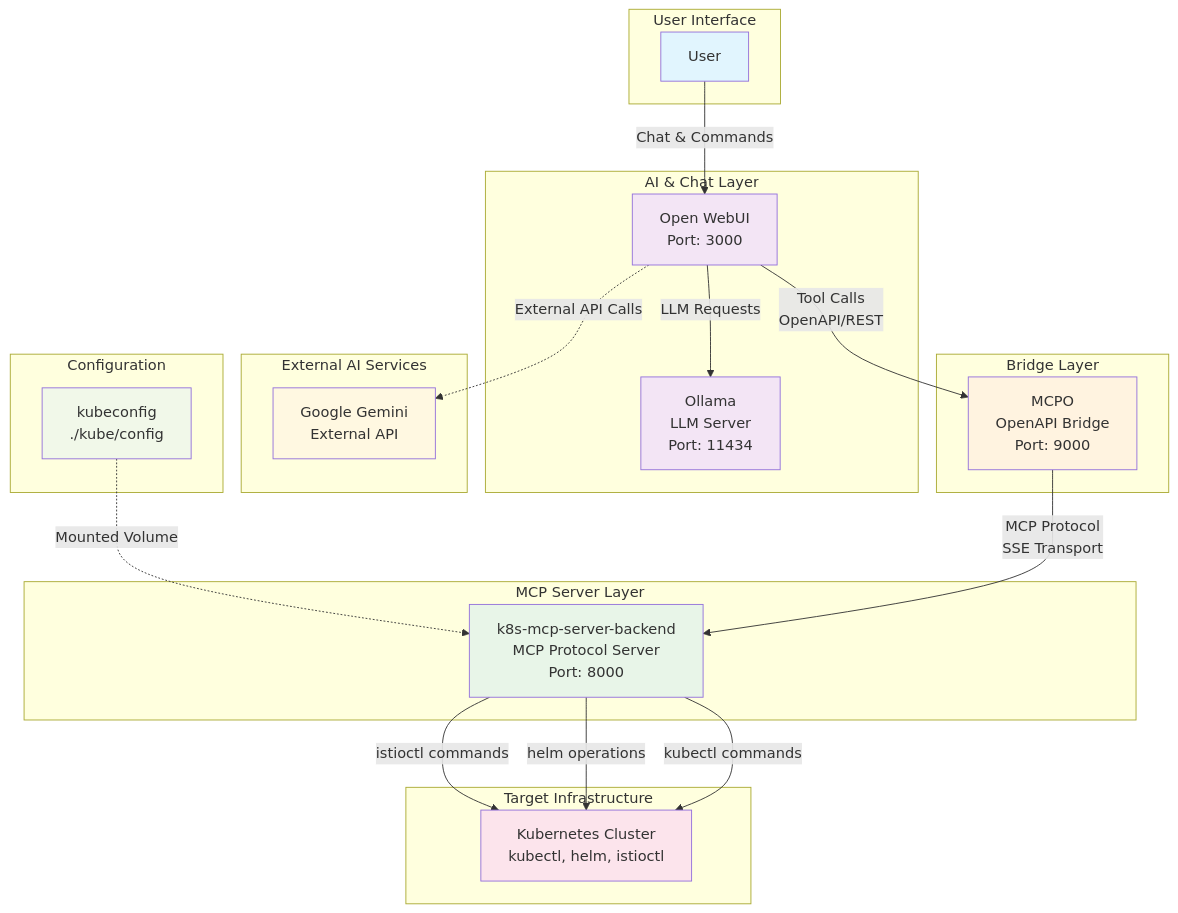
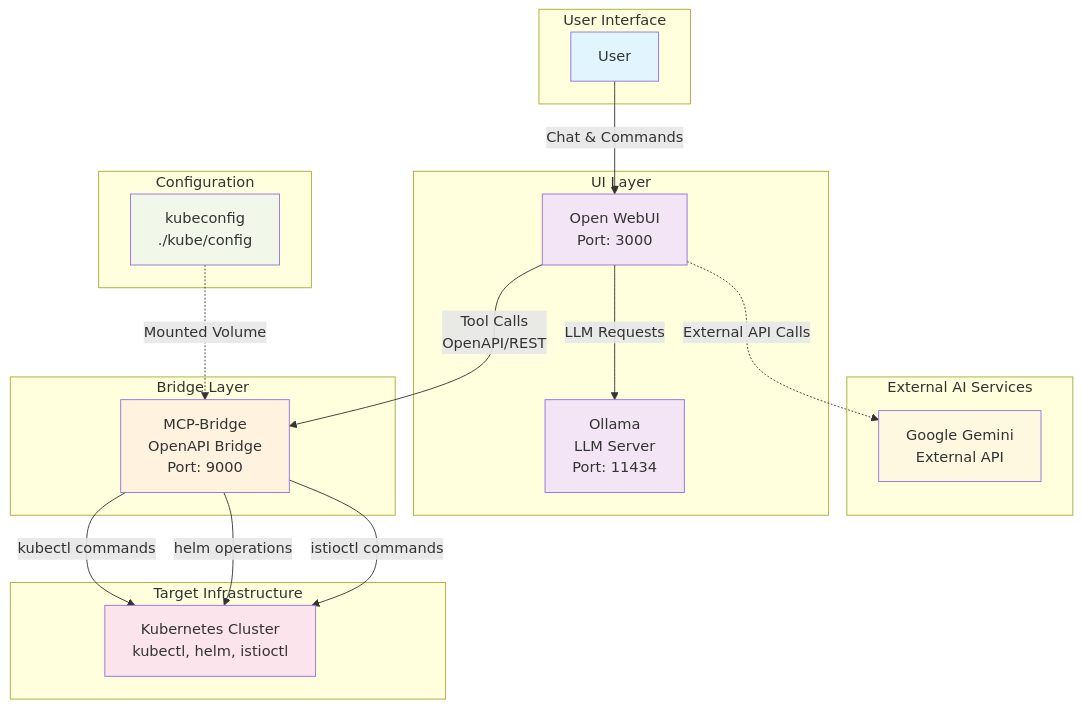
One commit to elevy99927/devops-mcp-webui changed the first of 2 diagrams in README.md. Above: the diagram before and after it, drawn with Mermaid. The commit also changed other lines of this file and 2 other files, not shown here.

Commit message:
fix flow and components in README

````diff
--- a/README.md
+++ b/README.md
@@ -175,67 +173,62 @@
 ```mermaid
 graph TB
+
+    subgraph "External AI Services"
+        Gemini[Google Gemini<br/>External API]
+    end
+    
     subgraph "User Interface"
         User[User]
     end
     
-    subgraph "AI & Chat Layer"
+    subgraph "UI Layer"
         OpenWebUI[Open WebUI<br/>Port: 3000]
         Ollama[Ollama<br/>LLM Server<br/>Port: 11434]
     end
     
-    subgraph "External AI Services"
-        Gemini[Google Gemini<br/>External API]
-    end
-    
     subgraph "Bridge Layer"
-        MCPO[MCPO<br/>OpenAPI Bridge<br/>Port: 9000]
-    end
-    
-    subgraph "MCP Server Layer"
-        K8sMCP[k8s-mcp-server-backend<br/>MCP Protocol Server<br/>Port: 8000]
+        MCP-Bridge[MCP-Bridge<br/>OpenAPI Bridge<br/>Port: 9000]
     end
     
     subgraph "Target Infrastructure"
         K8s[Kubernetes Cluster<br/>kubectl, helm, istioctl]
     end
     
     subgraph "Configuration"
         KubeConfig[kubeconfig<br/>./kube/config]
     end
+    
+
 
     %% User interactions
     User -->|Chat & Commands| OpenWebUI
     
     %% AI Layer connections
     OpenWebUI -->|LLM Requests| Ollama
     OpenWebUI -.->|External API Calls| Gemini
-    OpenWebUI -->|Tool Calls<br/>OpenAPI/REST| MCPO
+    OpenWebUI -->|Tool Calls<br/>OpenAPI/REST| MCP-Bridge
     
-    %% Bridge Layer
-    MCPO -->|MCP Protocol<br/>SSE Transport| K8sMCP
-    
-    %% MCP to Kubernetes
-    K8sMCP -->|kubectl commands| K8s
-    K8sMCP -->|helm operations| K8s
-    K8sMCP -->|istioctl commands| K8s
+    %% Bridge Layer to Kubernetes
+    MCP-Bridge -->|kubectl commands| K8s
+    MCP-Bridge -->|helm operations| K8s
+    MCP-Bridge -->|istioctl commands| K8s
     
     %% Configuration
-    KubeConfig -.->|Mounted Volume| K8sMCP
+    KubeConfig -.->|Mounted Volume| MCP-Bridge
     
     %% Styling
     classDef userLayer fill:#e1f5fe
     classDef aiLayer fill:#f3e5f5
     classDef externalLayer fill:#fff8e1
     classDef bridgeLayer fill:#fff3e0
     classDef mcpLayer fill:#e8f5e8
     classDef k8sLayer fill:#fce4ec
     classDef configLayer fill:#f1f8e9
     
     class User userLayer
     class OpenWebUI,Ollama aiLayer
     class Gemini,OpenAI,Anthropic externalLayer
-    class MCPO bridgeLayer
-    class K8sMCP mcpLayer
+    class MCP-Bridge bridgeLayer
     class K8s k8sLayer
     class KubeConfig configLayer
 ```
````
